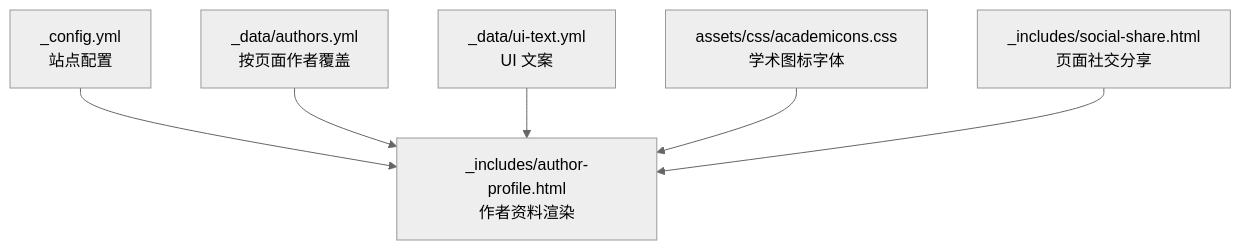
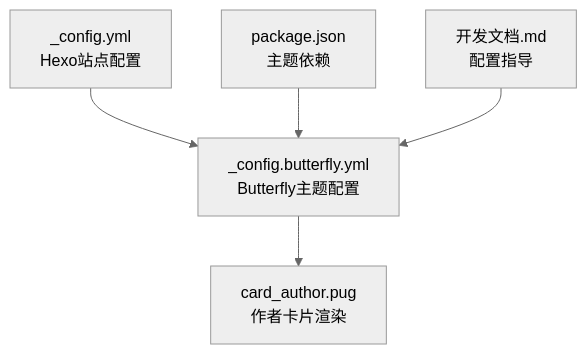
One commit to CoolPig0720/CoolPig0720.github.io changed the first of 4 diagrams in .qoder/repowiki/zh/content/配置管理/作者和社交配置.md. Above: the diagram before and after it, drawn with Mermaid (neutral theme). The commit also changed other lines of this file and 36 other files, not shown here.

````diff
--- a/.qoder/repowiki/zh/content/配置管理/作者和社交配置.md
+++ b/.qoder/repowiki/zh/content/配置管理/作者和社交配置.md
@@ -43,8 +50,7 @@
 ```mermaid
 graph TB
-Config["_config.yml<br/>站点配置"] --> AuthorProfile["_includes/author-profile.html<br/>作者资料渲染"]
-DataAuthors["_data/authors.yml<br/>按页面作者覆盖"] --> AuthorProfile
-UIText["_data/ui-text.yml<br/>UI 文案"] --> AuthorProfile
-Academicons["assets/css/academicons.css<br/>学术图标字体"] --> AuthorProfile
-SocialShare["_includes/social-share.html<br/>页面社交分享"] --> AuthorProfile
+Config["_config.yml<br/>Hexo站点配置"] --> Butterfly["_config.butterfly.yml<br/>Butterfly主题配置"]
+Butterfly --> CardAuthor["card_author.pug<br/>作者卡片渲染"]
+Package["package.json<br/>主题依赖"] --> Butterfly
+DevDoc["开发文档.md<br/>配置指导"] --> Butterfly
 ```
````
